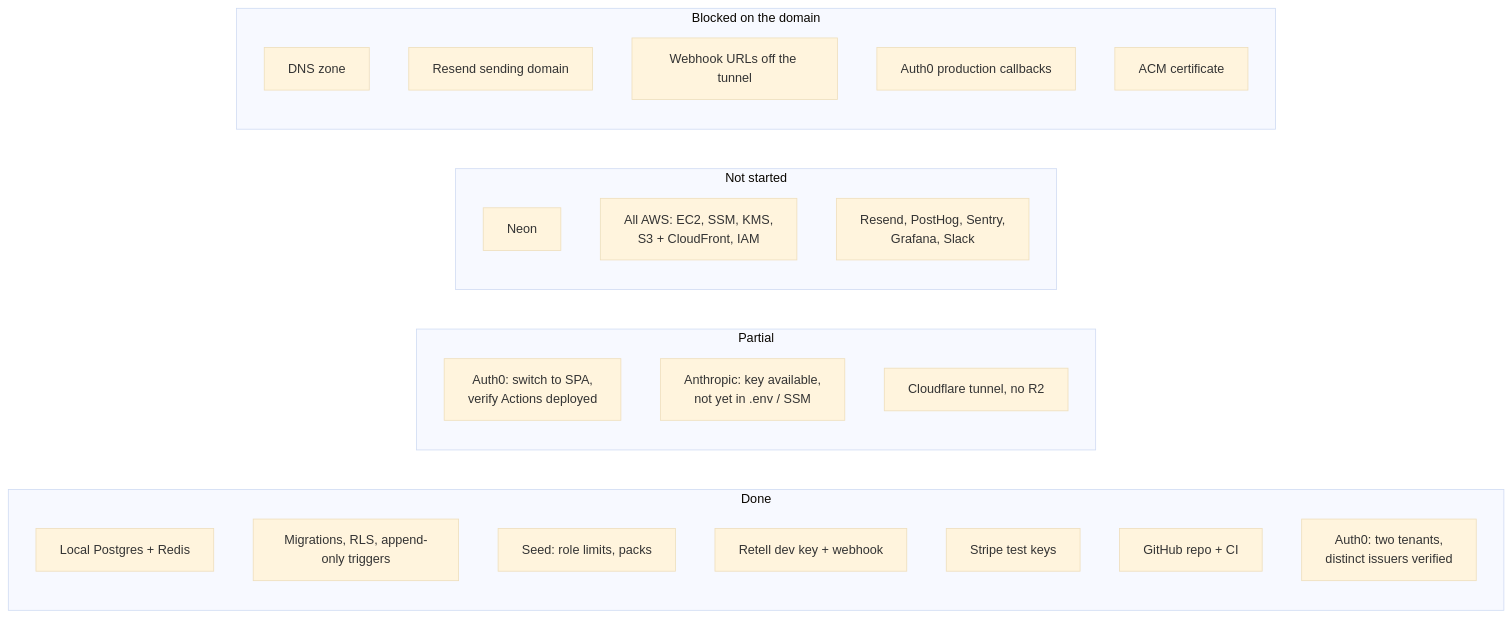
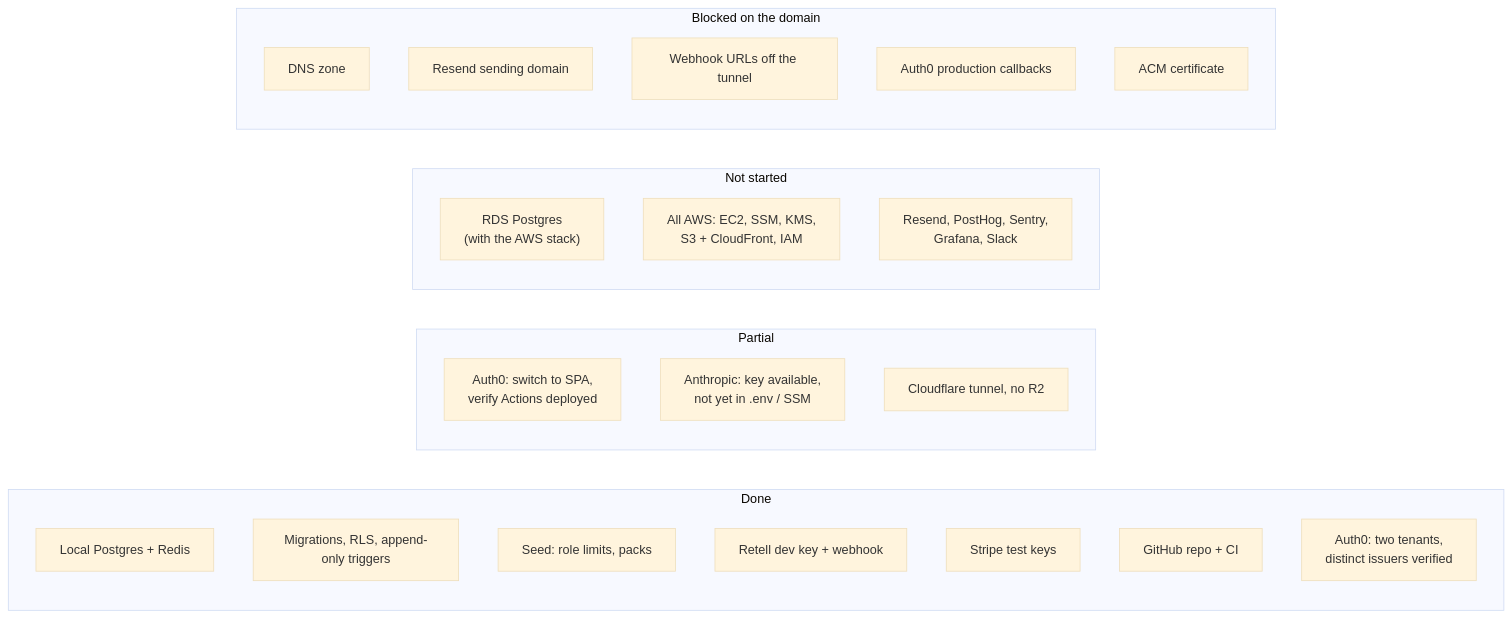
Before and after one commit to saksham-metacognixion/Voice-Agent: diagram 22 of 22 in docs/architecture.md, drawn with Mermaid (base theme). The commit also changed other lines of this file and 108 other files, not shown here.

````diff
--- a/docs/architecture.md
+++ b/docs/architecture.md
@@ -1165,29 +1176,29 @@
 ```mermaid
 flowchart LR
     subgraph done["Done"]
         L1["Local Postgres + Redis"]
         L2["Migrations, RLS, append-only triggers"]
         L3["Seed: role limits, packs"]
         L4["Retell dev key + webhook"]
         L5["Stripe test keys"]
         L6["GitHub repo + CI"]
         L7["Auth0: two tenants,<br/>distinct issuers verified"]
     end
     subgraph partial["Partial"]
         P1["Auth0: switch to SPA,<br/>verify Actions deployed"]
         P2["Anthropic: key available,<br/>not yet in .env / SSM"]
         P3["Cloudflare tunnel, no R2"]
     end
     subgraph todo["Not started"]
-        T1["Neon"]
+        T1["RDS Postgres<br/>(with the AWS stack)"]
         T2["All AWS: EC2, SSM, KMS,<br/>S3 + CloudFront, IAM"]
         T3["Resend, PostHog, Sentry,<br/>Grafana, Slack"]
     end
     subgraph blocked["Blocked on the domain"]
         B1["DNS zone"]
         B2["Resend sending domain"]
         B3["Webhook URLs off the tunnel"]
         B4["Auth0 production callbacks"]
         B5["ACM certificate"]
     end
 ```
````
